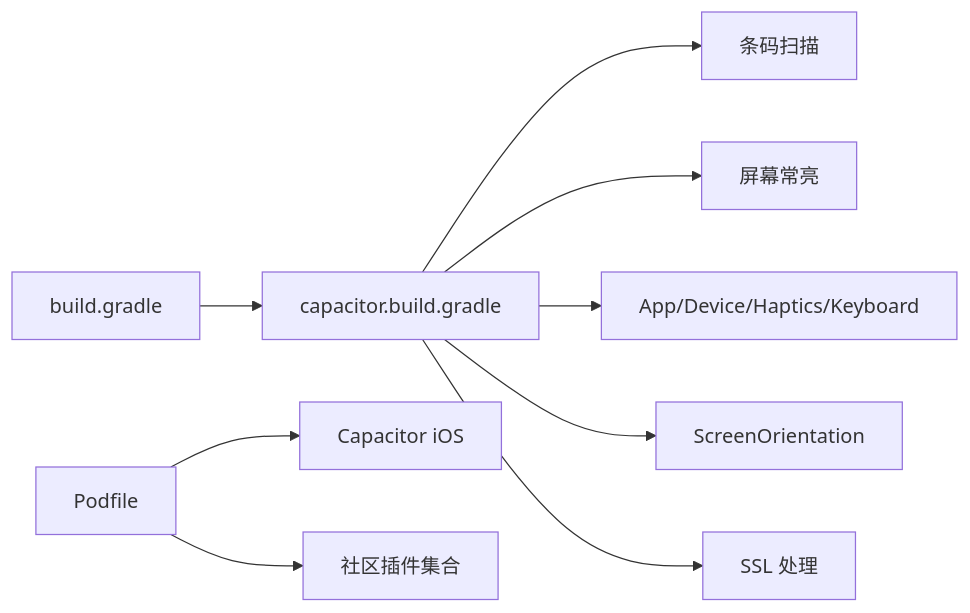
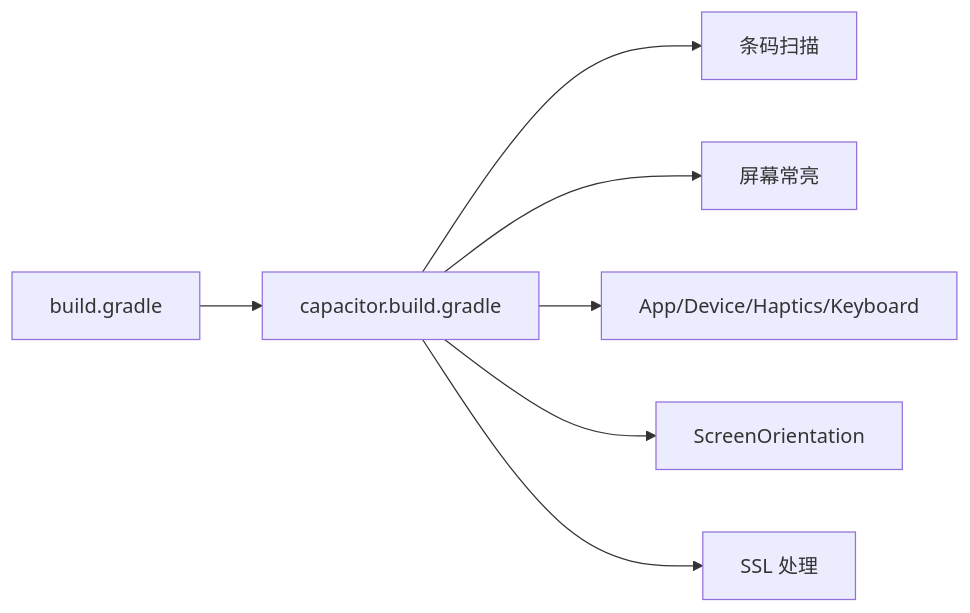
One commit to dingxyang/Macro-Deck-Client-App changed the fifth of 5 diagrams in .qoder/repowiki/zh/content/原生平台集成/原生平台集成.md. Above: the diagram before and after it, drawn with Mermaid. The commit also changed other lines of this file and 47 other files, not shown here.

````diff
--- a/.qoder/repowiki/zh/content/原生平台集成/原生平台集成.md
+++ b/.qoder/repowiki/zh/content/原生平台集成/原生平台集成.md
@@ -321,11 +271,9 @@
 ```mermaid
 graph LR
 G["build.gradle"] --> CB["capacitor.build.gradle"]
 CB --> P1["条码扫描"]
 CB --> P2["屏幕常亮"]
 CB --> P3["App/Device/Haptics/Keyboard"]
 CB --> P4["ScreenOrientation"]
 CB --> P5["SSL 处理"]
-PF["Podfile"] --> I1["Capacitor iOS"]
-PF --> I2["社区插件集合"]
 ```
````
